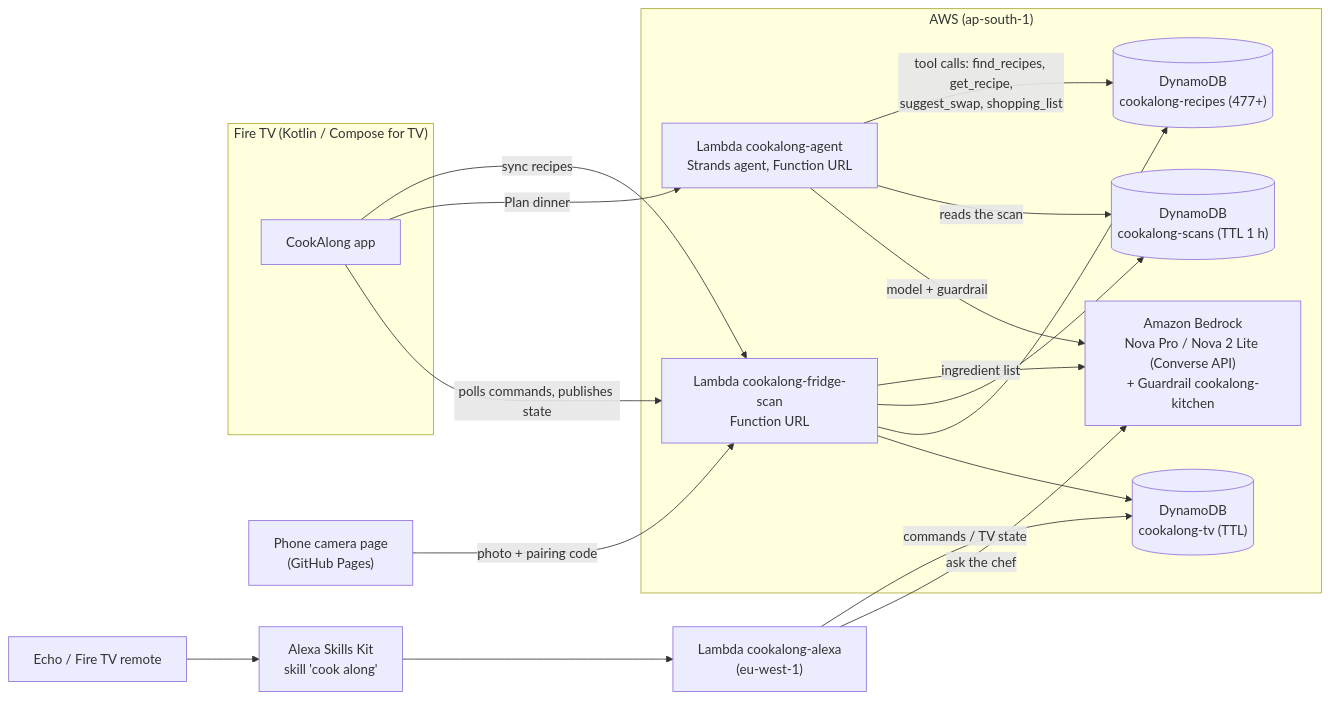
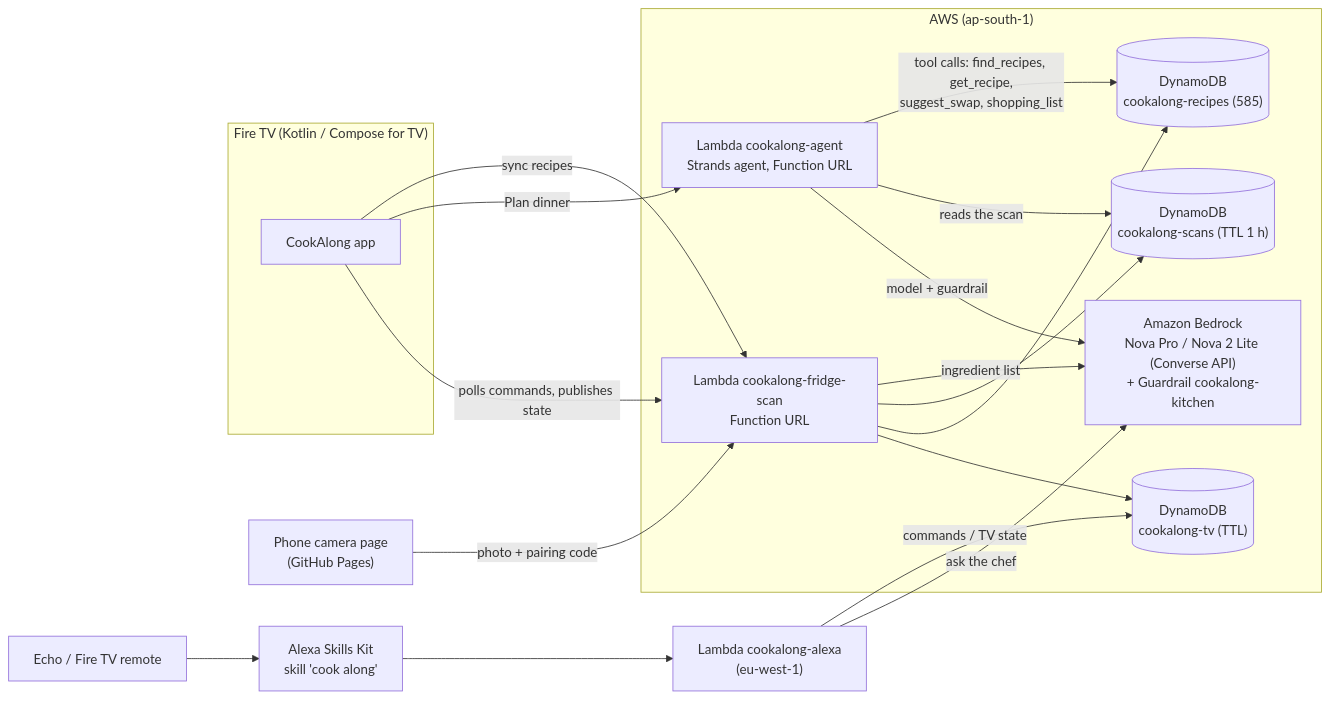
Before and after one commit to suhailullakhan619/CookAlong: the diagram in docs/AWS.md, drawn with Mermaid. The commit also changed other lines of this file and 6 other files, not shown here.

````diff
--- a/docs/AWS.md
+++ b/docs/AWS.md
@@ -8,32 +8,32 @@
 ```mermaid
 flowchart LR
   subgraph TV["Fire TV (Kotlin / Compose for TV)"]
     app["CookAlong app"]
   end
   phone["Phone camera page<br/>(GitHub Pages)"]
   echo["Echo / Fire TV remote"]
   alexa["Alexa Skills Kit<br/>skill 'cook along'"]
 
   subgraph AWS["AWS (ap-south-1)"]
     scan["Lambda cookalong-fridge-scan<br/>Function URL"]
     agent["Lambda cookalong-agent<br/>Strands agent, Function URL"]
     bedrock["Amazon Bedrock<br/>Nova Pro / Nova 2 Lite (Converse API)<br/>+ Guardrail cookalong-kitchen"]
-    recipes[("DynamoDB<br/>cookalong-recipes (477+)")]
+    recipes[("DynamoDB<br/>cookalong-recipes (585)")]
     scans[("DynamoDB<br/>cookalong-scans (TTL 1 h)")]
     tv[("DynamoDB<br/>cookalong-tv (TTL)")]
   end
   skill["Lambda cookalong-alexa<br/>(eu-west-1)"]
 
   phone -- "photo + pairing code" --> scan
   scan -- "ingredient list" --> bedrock
   scan --> scans
   app -- "sync recipes" --> scan --> recipes
   app -- "Plan dinner" --> agent
   agent -- "tool calls: find_recipes, get_recipe,<br/>suggest_swap, shopping_list" --> recipes
   agent -- "reads the scan" --> scans
   agent -- "model + guardrail" --> bedrock
   echo --> alexa --> skill
   skill -- "commands / TV state" --> tv
   skill -- "ask the chef" --> bedrock
   app -- "polls commands, publishes state" --> scan --> tv
 ```
````
